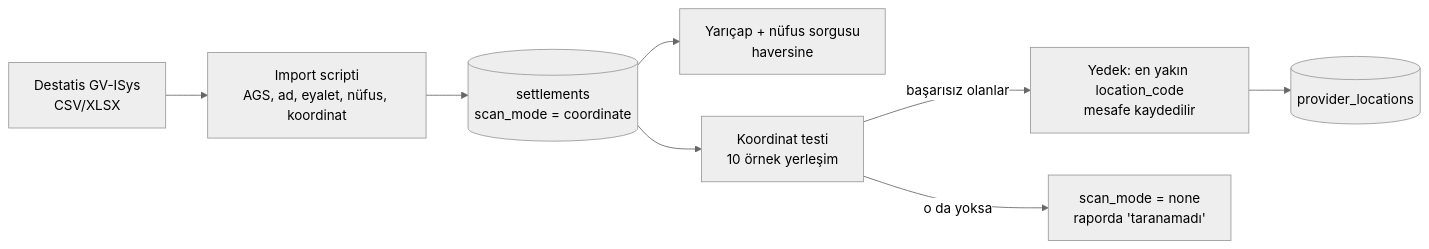
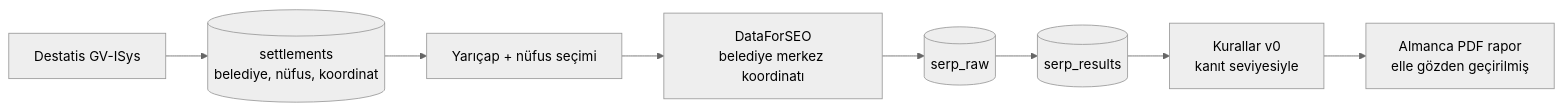
Before and after one commit to technsug-ops/-ortsrank: the second of 2 diagrams in docs/ROADMAP.md, drawn with Mermaid (neutral theme). The commit also changed other lines of this file and 8 other files, not shown here.

First line of the commit message:
Restructure roadmap around paid pilot and evidence levels

````diff
--- a/docs/ROADMAP.md
+++ b/docs/ROADMAP.md
@@ -91,10 +143,10 @@
 ```mermaid
 flowchart LR
-    A[Destatis GV-ISys<br/>CSV/XLSX] --> B[Import scripti<br/>AGS, ad, eyalet, nüfus, koordinat]
-    B --> C[(settlements<br/>scan_mode = coordinate)]
-    C --> G[Yarıçap + nüfus sorgusu<br/>haversine]
-    C --> T[Koordinat testi<br/>10 örnek yerleşim]
-    T -->|başarısız olanlar| E[Yedek: en yakın location_code<br/>mesafe kaydedilir]
-    E --> F[(provider_locations)]
-    T -->|o da yoksa| N[scan_mode = none<br/>raporda 'taranamadı']
+    A[Destatis GV-ISys] --> B[(settlements<br/>belediye, nüfus, koordinat)]
+    B --> C[Yarıçap + nüfus seçimi]
+    C --> D[DataForSEO<br/>belediye merkez koordinatı]
+    D --> E[(serp_raw)]
+    E --> F[(serp_results)]
+    F --> G[Kurallar v0<br/>kanıt seviyesiyle]
+    G --> H[Almanca PDF rapor<br/>elle gözden geçirilmiş]
 ```
````
